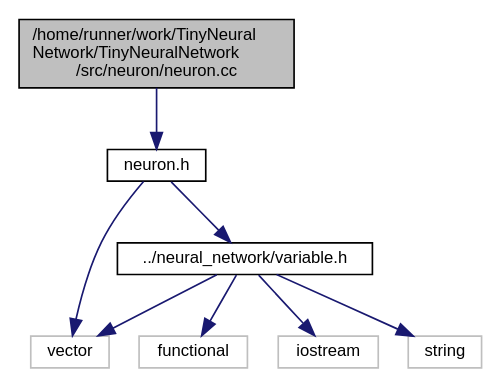
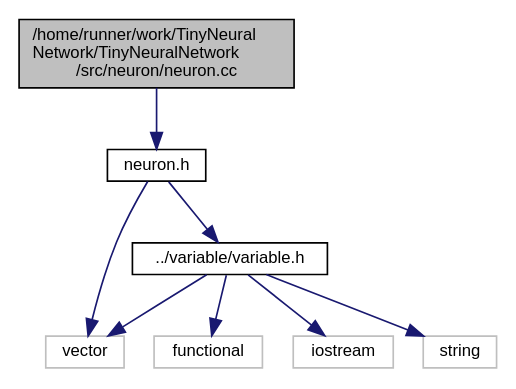
One commit to MaoSong2022/TinyNeuralNetwork changed the diagram in neuron_8cc__incl.dot. Above: the diagram before and after it, drawn with Graphviz. The commit also changed 90 other files, not shown here.

```diff
--- a/neuron_8cc__incl.dot
+++ b/neuron_8cc__incl.dot
@@ -1,20 +1,20 @@
 digraph "/home/runner/work/TinyNeuralNetwork/TinyNeuralNetwork/src/neuron/neuron.cc"
 {
  // LATEX_PDF_SIZE
   edge [fontname="Helvetica",fontsize="10",labelfontname="Helvetica",labelfontsize="10"];
   node [fontname="Helvetica",fontsize="10",shape=record];
   Node1 [label="/home/runner/work/TinyNeural\lNetwork/TinyNeuralNetwork\l/src/neuron/neuron.cc",height=0.2,width=0.4,color="black", fillcolor="grey75", style="filled", fontcolor="black",tooltip=" "];
   Node1 -> Node2 [color="midnightblue",fontsize="10",style="solid",fontname="Helvetica"];
   Node2 [label="neuron.h",height=0.2,width=0.4,color="black", fillcolor="white", style="filled",URL="$neuron_8h.html",tooltip=" "];
   Node2 -> Node3 [color="midnightblue",fontsize="10",style="solid",fontname="Helvetica"];
   Node3 [label="vector",height=0.2,width=0.4,color="grey75", fillcolor="white", style="filled",tooltip=" "];
   Node2 -> Node4 [color="midnightblue",fontsize="10",style="solid",fontname="Helvetica"];
-  Node4 [label="../neural_network/variable.h",height=0.2,width=0.4,color="black", fillcolor="white", style="filled",URL="$variable_8h.html",tooltip=" "];
+  Node4 [label="../variable/variable.h",height=0.2,width=0.4,color="black", fillcolor="white", style="filled",URL="$variable_8h.html",tooltip=" "];
   Node4 -> Node5 [color="midnightblue",fontsize="10",style="solid",fontname="Helvetica"];
   Node5 [label="functional",height=0.2,width=0.4,color="grey75", fillcolor="white", style="filled",tooltip=" "];
   Node4 -> Node6 [color="midnightblue",fontsize="10",style="solid",fontname="Helvetica"];
   Node6 [label="iostream",height=0.2,width=0.4,color="grey75", fillcolor="white", style="filled",tooltip=" "];
   Node4 -> Node7 [color="midnightblue",fontsize="10",style="solid",fontname="Helvetica"];
   Node7 [label="string",height=0.2,width=0.4,color="grey75", fillcolor="white", style="filled",tooltip=" "];
   Node4 -> Node3 [color="midnightblue",fontsize="10",style="solid",fontname="Helvetica"];
 }
```
